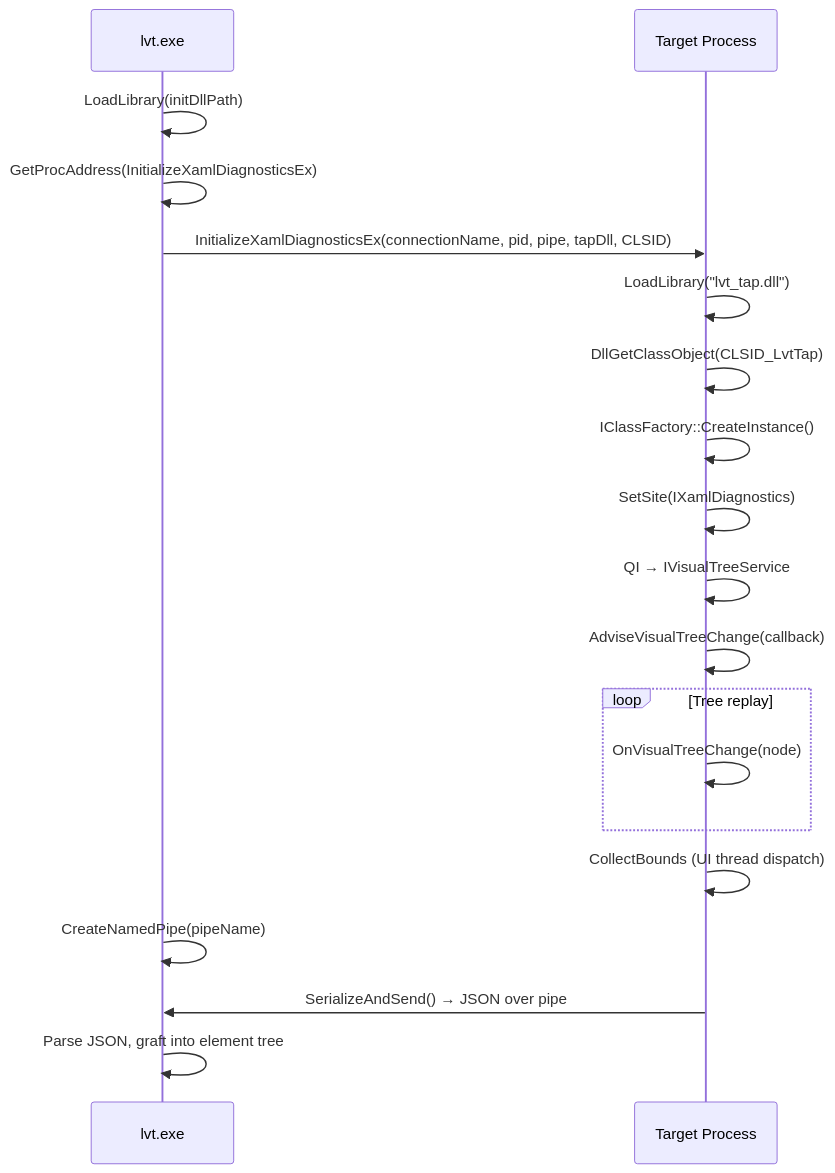
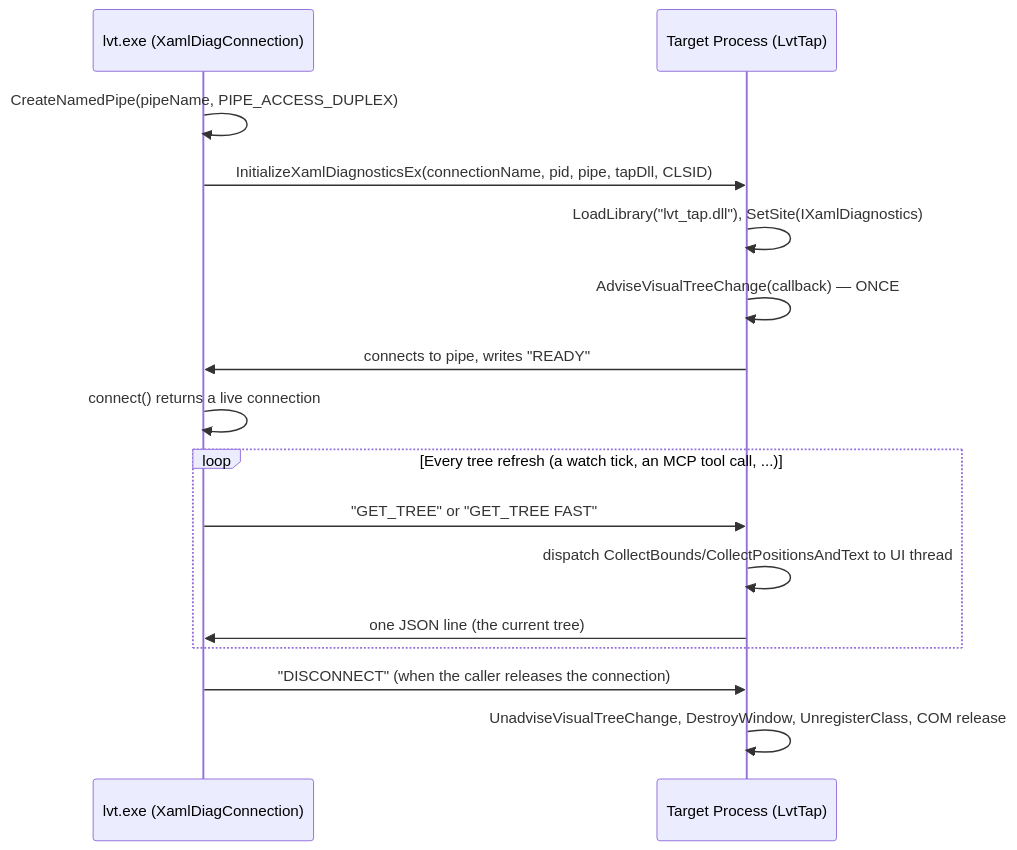
The first of 3 diagrams in docs/tap-dll-design.md (asklar/lvt), drawn with Mermaid before and after one commit. The commit also changed other lines of this file and 72 other files, not shown here.

First line of the commit message:
Add lvt Viewer: a graphical live visual tree GUI (#49)

````diff
--- a/docs/tap-dll-design.md
+++ b/docs/tap-dll-design.md
@@ -9,22 +11,21 @@
 ```mermaid
 sequenceDiagram
-    participant lvt as lvt.exe
-    participant target as Target Process
+    participant lvt as lvt.exe (XamlDiagConnection)
+    participant target as Target Process (LvtTap)
 
-    lvt->>lvt: LoadLibrary(initDllPath)
-    lvt->>lvt: GetProcAddress(InitializeXamlDiagnosticsEx)
+    lvt->>lvt: CreateNamedPipe(pipeName, PIPE_ACCESS_DUPLEX)
     lvt->>target: InitializeXamlDiagnosticsEx(connectionName, pid, pipe, tapDll, CLSID)
-    target->>target: LoadLibrary("lvt_tap.dll")
-    target->>target: DllGetClassObject(CLSID_LvtTap)
-    target->>target: IClassFactory::CreateInstance()
-    target->>target: SetSite(IXamlDiagnostics)
-    target->>target: QI → IVisualTreeService
-    target->>target: AdviseVisualTreeChange(callback)
-    loop Tree replay
-        target->>target: OnVisualTreeChange(node)
+    target->>target: LoadLibrary("lvt_tap.dll"), SetSite(IXamlDiagnostics)
+    target->>target: AdviseVisualTreeChange(callback) — ONCE
+    target->>lvt: connects to pipe, writes "READY"
+    lvt->>lvt: connect() returns a live connection
+
+    loop Every tree refresh (a watch tick, an MCP tool call, ...)
+        lvt->>target: "GET_TREE" or "GET_TREE FAST"
+        target->>target: dispatch CollectBounds/CollectPositionsAndText to UI thread
+        target->>lvt: one JSON line (the current tree)
     end
-    target->>target: CollectBounds (UI thread dispatch)
-    lvt->>lvt: CreateNamedPipe(pipeName)
-    target->>lvt: SerializeAndSend() → JSON over pipe
-    lvt->>lvt: Parse JSON, graft into element tree
+
+    lvt->>target: "DISCONNECT" (when the caller releases the connection)
+    target->>target: UnadviseVisualTreeChange, DestroyWindow, UnregisterClass, COM release
 ```
````
